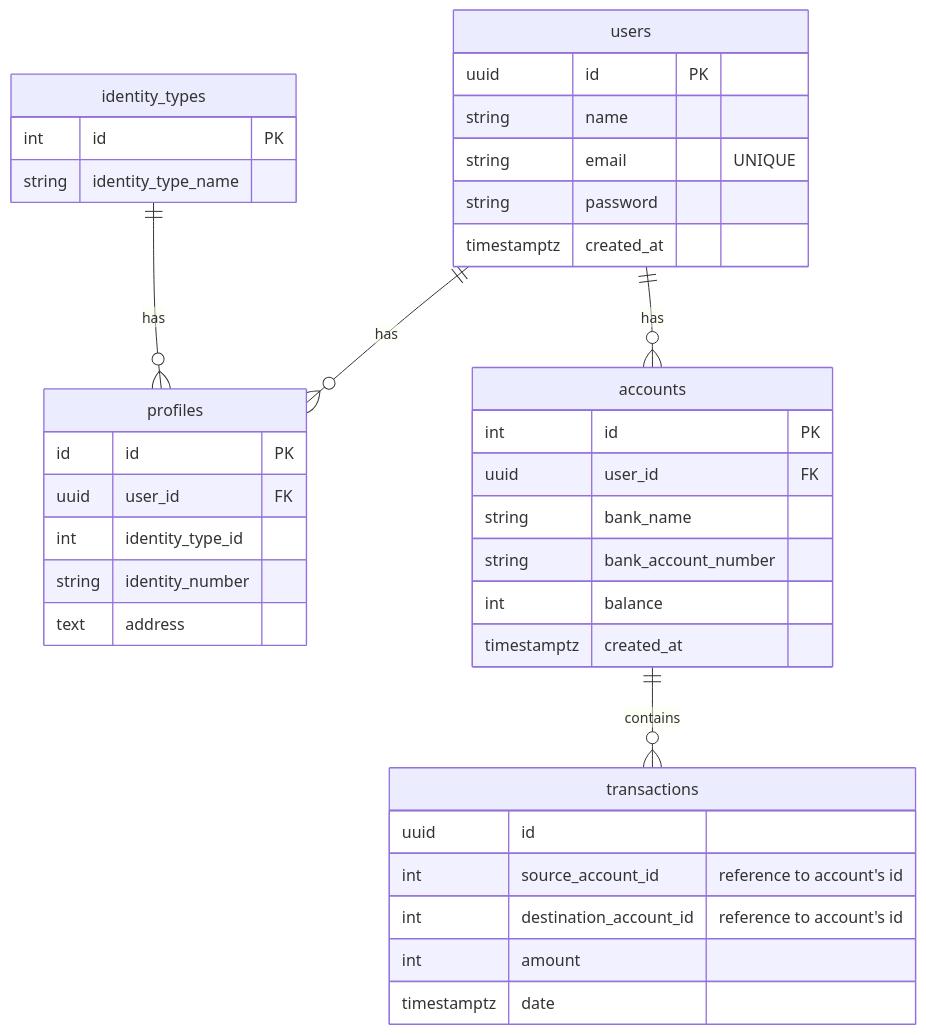
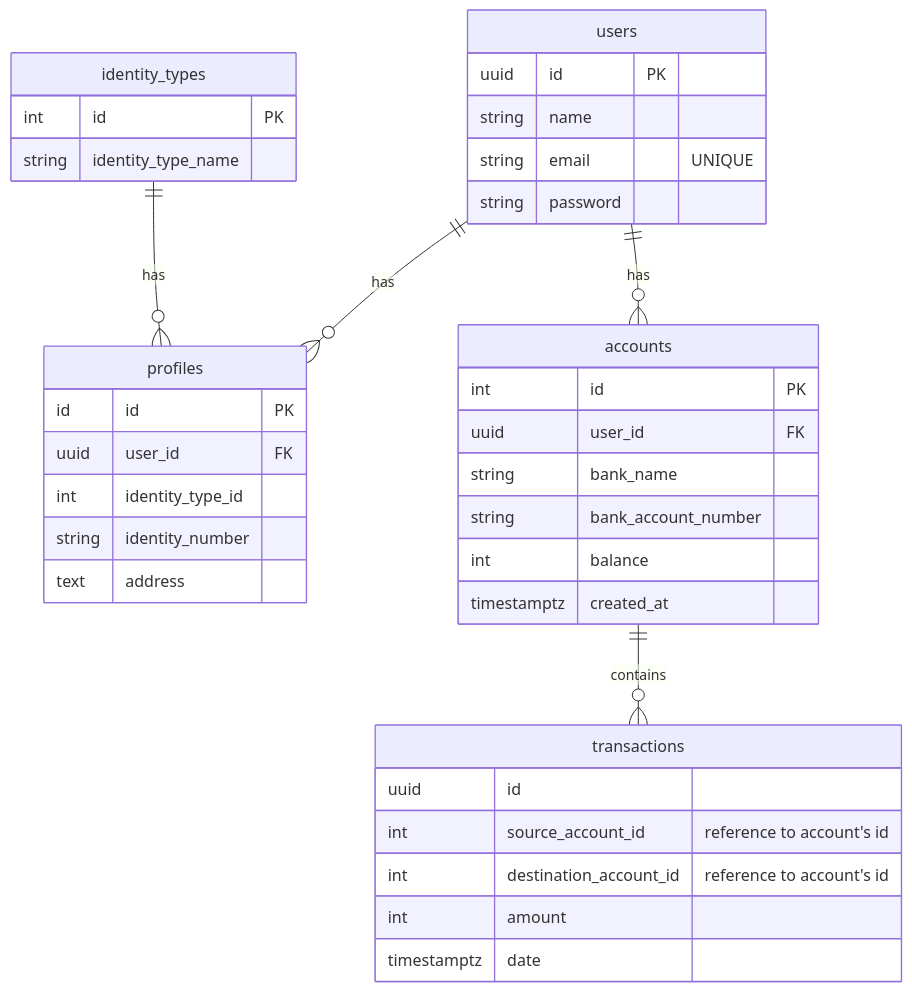
The diagram in README.md (KevinDylanPrayudi/BEJS_fgabatch2_KevinDylanPrayudi_ChallengeChapter4), drawn with Mermaid before and after one commit.

Commit message:
docs(README): remove column (created_at) in user's table

````diff
--- a/README.md
+++ b/README.md
@@ -2,44 +2,43 @@
 ```mermaid
 erDiagram
     users ||--o{ profiles : has
     users ||--o{ accounts : has
     users {
         uuid id PK
         string name
         string email "UNIQUE"
         string password
-        timestamptz created_at
     }
 
     profiles {
         id id PK
         uuid user_id FK
         int identity_type_id
         string identity_number
         text address
     }
 
     identity_types ||--o{ profiles : has
     identity_types {
         int id PK
         string identity_type_name
     }
 
     accounts ||--o{ transactions : contains
     accounts {
         int id PK
         uuid user_id FK
         string bank_name
         string bank_account_number
         int balance
         timestamptz created_at
     }
 
    transactions {
         uuid id
         int source_account_id "reference to account's id"
         int destination_account_id "reference to account's id"
         int amount
         timestamptz date
    } 
 ```
````
